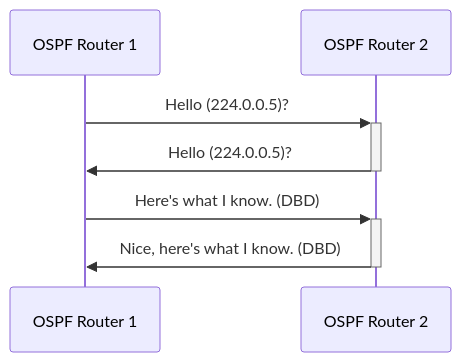
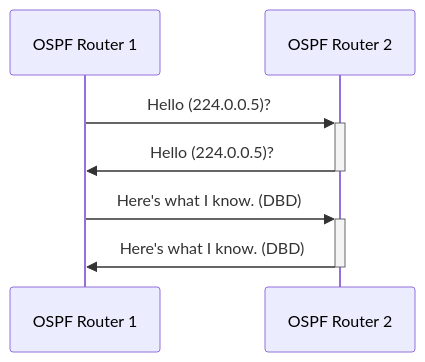
One commit to v-sec0/ccna-mdnotes changed the first of 2 diagrams in Open Shortest Path First (OSPF).md. Above: the diagram before and after it, drawn with Mermaid. The commit also changed other lines of this file, not shown here.

````diff
--- a/Open Shortest Path First (OSPF).md
+++ b/Open Shortest Path First (OSPF).md
@@ -91,7 +91,7 @@
 ```mermaid
 sequenceDiagram
 OSPF Router 1->>+OSPF Router 2: Hello (224.0.0.5)?
 OSPF Router 2->>-OSPF Router 1: Hello (224.0.0.5)?
 OSPF Router 1->>+OSPF Router 2: Here's what I know. (DBD)
-OSPF Router 2->>-OSPF Router 1: Nice, here's what I know. (DBD)
+OSPF Router 2->>-OSPF Router 1: Here's what I know. (DBD)
 ```
````
